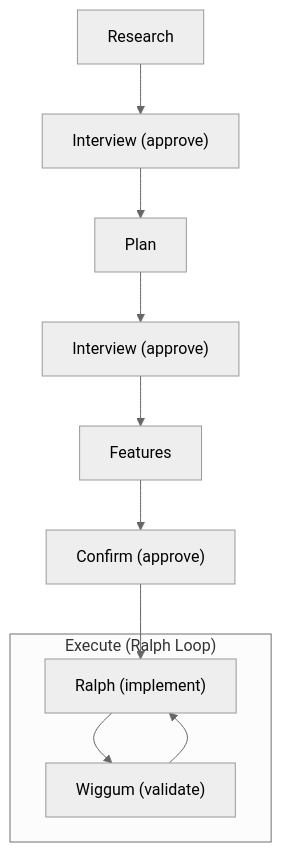
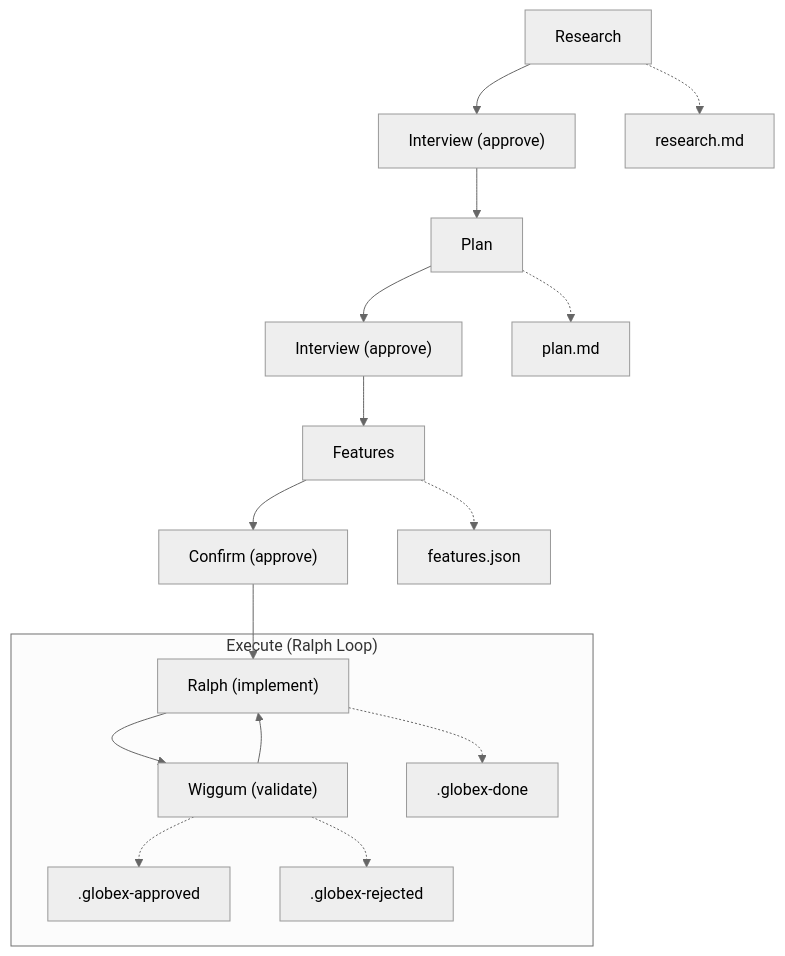
Before and after one commit to lleewwiiss/opencode-globex: the diagram in README.md, drawn with Mermaid (neutral theme).

Commit message:
docs: enrich flow diagram

````diff
--- a/README.md
+++ b/README.md
@@ -78,13 +78,20 @@
 ```mermaid
 flowchart TD
   Research["Research"] --> ResearchInterview["Interview (approve)"]
   ResearchInterview --> Plan["Plan"]
   Plan --> PlanInterview["Interview (approve)"]
   PlanInterview --> Features["Features"]
   Features --> Confirm["Confirm (approve)"]
   Confirm --> Ralph
 
+  Research -.-> ResearchArtifact["research.md"]
+  Plan -.-> PlanArtifact["plan.md"]
+  Features -.-> FeaturesArtifact["features.json"]
+
   subgraph Execute["Execute (Ralph Loop)"]
     Ralph["Ralph (implement)"] --> Wiggum["Wiggum (validate)"] --> Ralph
+    Ralph -.-> DoneMarker[".globex-done"]
+    Wiggum -.-> ApprovedMarker[".globex-approved"]
+    Wiggum -.-> RejectedMarker[".globex-rejected"]
   end
 ```
````
